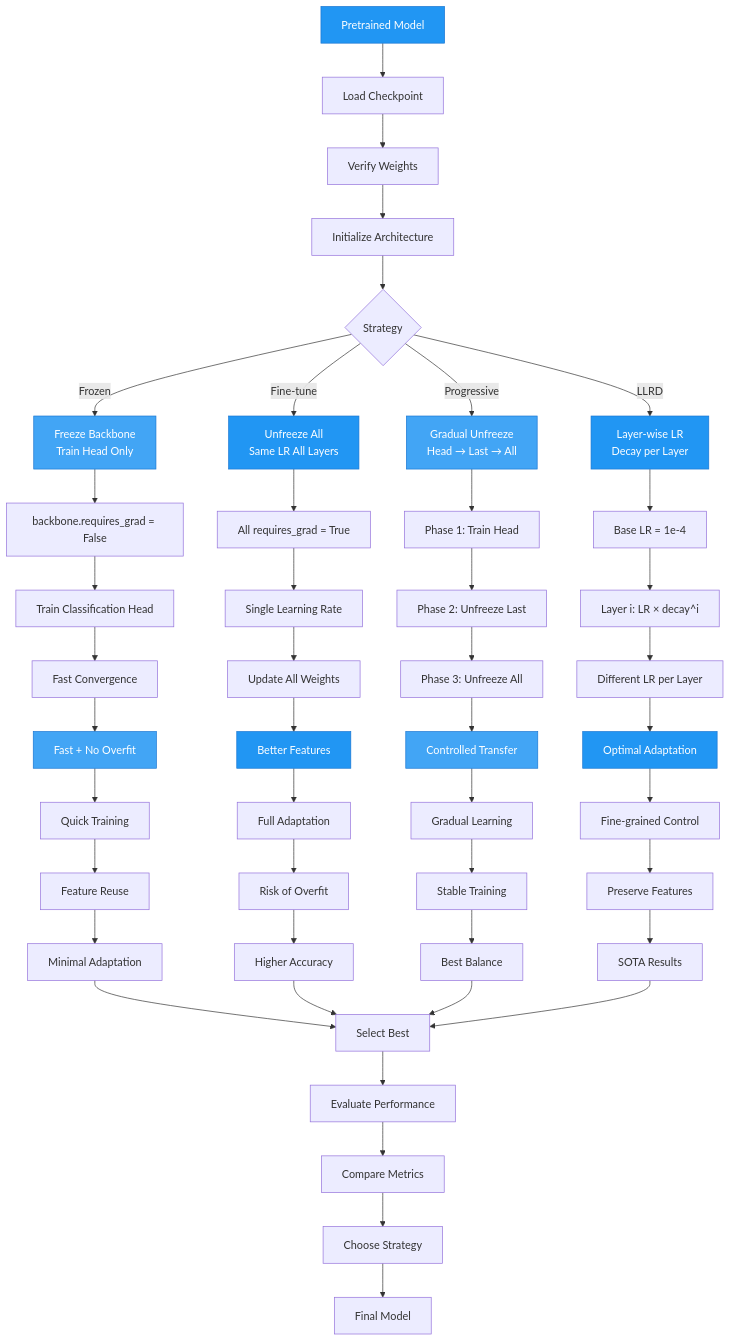
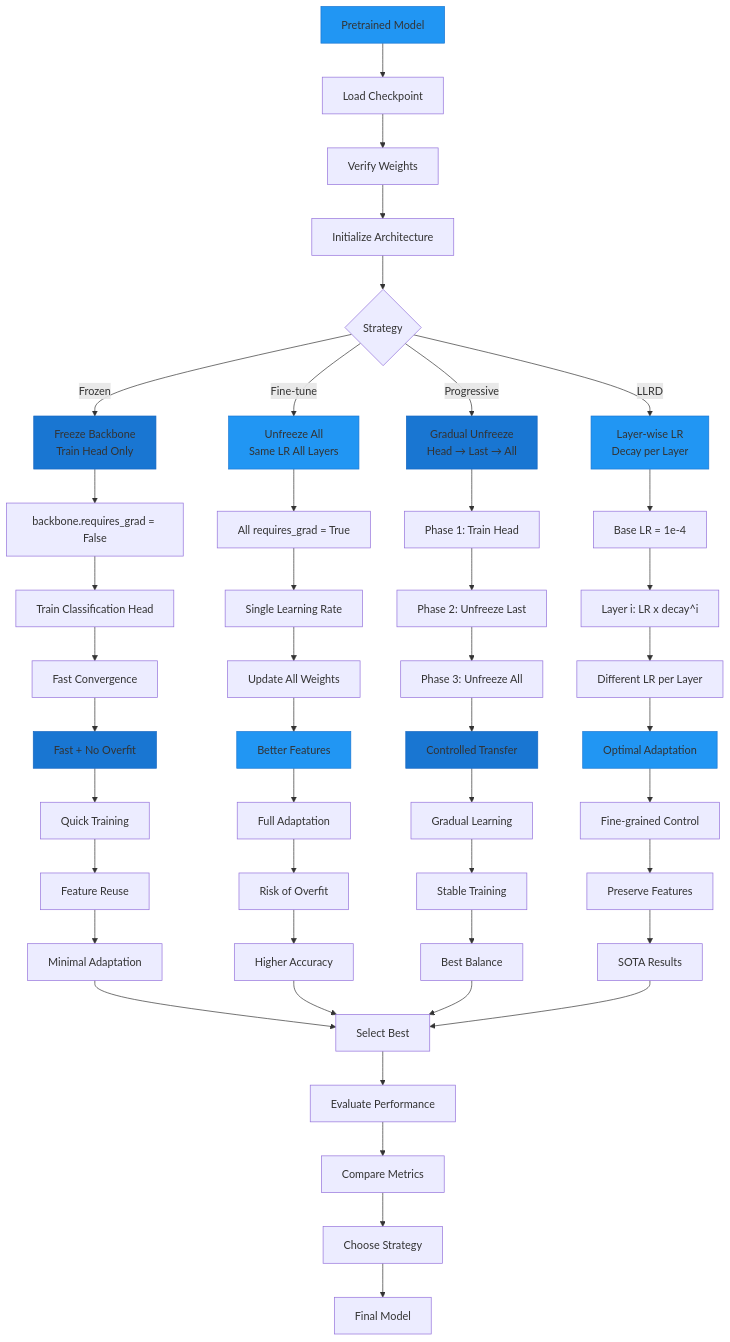
One commit to theja-vanka/AutoTimm changed the diagram in docs/examples/integration/hf_transfer_learning.md. Above: the diagram before and after it, drawn with Mermaid. The commit also changed 37 other files, not shown here.

````diff
--- a/docs/examples/integration/hf_transfer_learning.md
+++ b/docs/examples/integration/hf_transfer_learning.md
@@ -7,67 +7,67 @@
 ```mermaid
 graph TD
     A[Pretrained Model] --> A1[Load Checkpoint]
     A1 --> A2[Verify Weights]
     A2 --> A3[Initialize Architecture]
     A3 --> B{Strategy}
 
     B -->|Frozen| C1[Freeze Backbone<br/>Train Head Only]
     C1 --> C1a[backbone.requires_grad = False]
     C1a --> C1b[Train Classification Head]
     C1b --> C1c[Fast Convergence]
     
     B -->|Fine-tune| C2[Unfreeze All<br/>Same LR All Layers]
     C2 --> C2a[All requires_grad = True]
     C2a --> C2b[Single Learning Rate]
     C2b --> C2c[Update All Weights]
     
     B -->|Progressive| C3[Gradual Unfreeze<br/>Head → Last → All]
     C3 --> C3a[Phase 1: Train Head]
     C3a --> C3b[Phase 2: Unfreeze Last]
     C3b --> C3c[Phase 3: Unfreeze All]
     
     B -->|LLRD| C4[Layer-wise LR<br/>Decay per Layer]
     C4 --> C4a[Base LR = 1e-4]
-    C4a --> C4b[Layer i: LR × decay^i]
+    C4a --> C4b[Layer i: LR x decay^i]
     C4b --> C4c[Different LR per Layer]
 
     C1c --> E1[Fast + No Overfit]
     E1 --> E1a[Quick Training]
     E1a --> E1b[Feature Reuse]
     E1b --> E1c[Minimal Adaptation]
     
     C2c --> E2[Better Features]
     E2 --> E2a[Full Adaptation]
     E2a --> E2b[Risk of Overfit]
     E2b --> E2c[Higher Accuracy]
     
     C3c --> E3[Controlled Transfer]
     E3 --> E3a[Gradual Learning]
     E3a --> E3b[Stable Training]
     E3b --> E3c[Best Balance]
     
     C4c --> E4[Optimal Adaptation]
     E4 --> E4a[Fine-grained Control]
     E4a --> E4b[Preserve Features]
     E4b --> E4c[SOTA Results]
     
     E1c --> F[Select Best]
     E2c --> F
     E3c --> F
     E4c --> F
     
     F --> F1[Evaluate Performance]
     F1 --> F2[Compare Metrics]
     F2 --> F3[Choose Strategy]
     F3 --> F4[Final Model]
 
-    style A fill:#2196F3,stroke:#1976D2,color:#fff
-    style C1 fill:#42A5F5,stroke:#1976D2,color:#fff
-    style C2 fill:#2196F3,stroke:#1976D2,color:#fff
-    style C3 fill:#42A5F5,stroke:#1976D2,color:#fff
-    style C4 fill:#2196F3,stroke:#1976D2,color:#fff
-    style E1 fill:#42A5F5,stroke:#1976D2,color:#fff
-    style E2 fill:#2196F3,stroke:#1976D2,color:#fff
-    style E3 fill:#42A5F5,stroke:#1976D2,color:#fff
-    style E4 fill:#2196F3,stroke:#1976D2,color:#fff
+    style A fill:#2196F3,stroke:#1976D2
+    style C1 fill:#1976D2,stroke:#1565C0
+    style C2 fill:#2196F3,stroke:#1976D2
+    style C3 fill:#1976D2,stroke:#1565C0
+    style C4 fill:#2196F3,stroke:#1976D2
+    style E1 fill:#1976D2,stroke:#1565C0
+    style E2 fill:#2196F3,stroke:#1976D2
+    style E3 fill:#1976D2,stroke:#1565C0
+    style E4 fill:#2196F3,stroke:#1976D2
 ```
````
